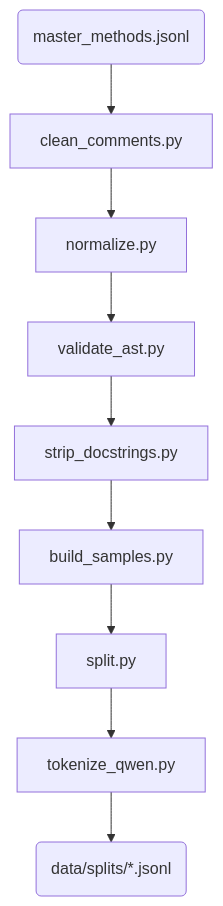
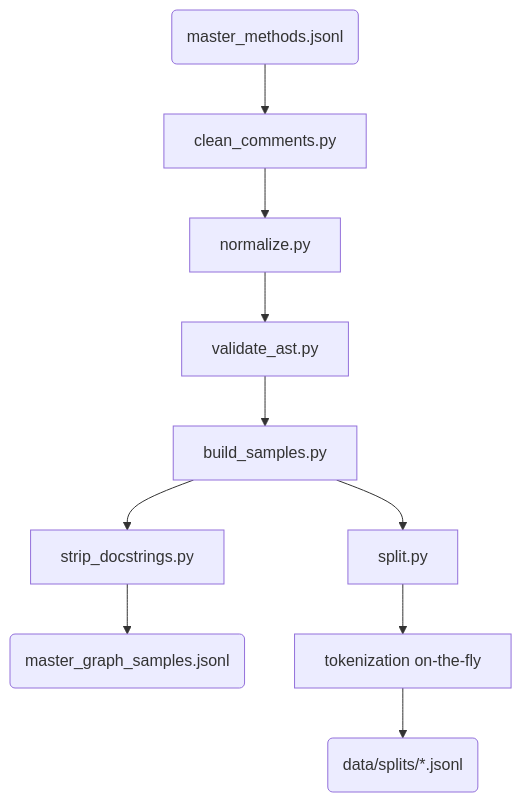
One commit to NhatWoan-20/VulHunter changed the diagram in scripts/preprocessing/README.md. Above: the diagram before and after it, drawn with Mermaid. The commit also changed other lines of this file and 57 other files, not shown here.

Commit message:
Switch to CodeBERT and simplify graph pipeline

````diff
--- a/scripts/preprocessing/README.md
+++ b/scripts/preprocessing/README.md
@@ -11,11 +11,12 @@
 ```mermaid
 flowchart TD
     A(master_methods.jsonl) --> B[clean_comments.py]
     B --> C[normalize.py]
     C --> D[validate_ast.py]
-    D --> E[strip_docstrings.py]
-    E --> F[build_samples.py]
-    F --> G[split.py]
-    G --> H[tokenize_qwen.py]
-    H --> I(data/splits/*.jsonl)
+    D --> E[build_samples.py]
+    E --> F[strip_docstrings.py]
+    F --> G(master_graph_samples.jsonl)
+    E --> H[split.py]
+    H --> I[tokenization on-the-fly]
+    I --> J(data/splits/*.jsonl)
 ```
````
